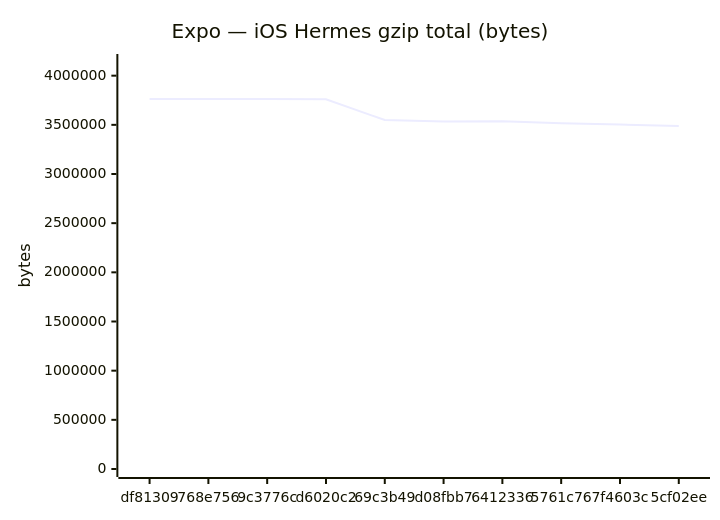
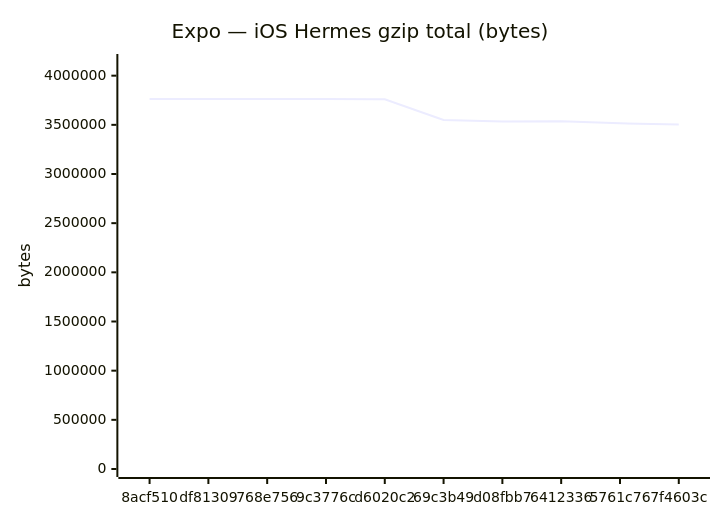
The sixth of 18 diagrams in benchmarks/compare.md (Metaheurist/Rianell), drawn with Mermaid before and after one commit. The commit also changed other lines of this file and 11 other files, not shown here.

````diff
--- a/benchmarks/compare.md
+++ b/benchmarks/compare.md
@@ -96,7 +96,7 @@
 ```mermaid
 xychart-beta
     title "Expo — iOS Hermes gzip total (bytes)"
-    x-axis ["df81309", "768e756", "9c3776c", "d6020c2", "69c3b49", "d08fbb7", "6412336", "5761c76", "7f4603c", "5cf02ee"]
+    x-axis ["8acf510", "df81309", "768e756", "9c3776c", "d6020c2", "69c3b49", "d08fbb7", "6412336", "5761c76", "7f4603c"]
     y-axis "bytes" 0 --> 4139010
-    line [3762736, 3762498, 3762733, 3759872, 3548602, 3534279, 3535273, 3515861, 3502937, 3488256]
+    line [3762734, 3762736, 3762498, 3762733, 3759872, 3548602, 3534279, 3535273, 3515861, 3502937]
 ```
````
